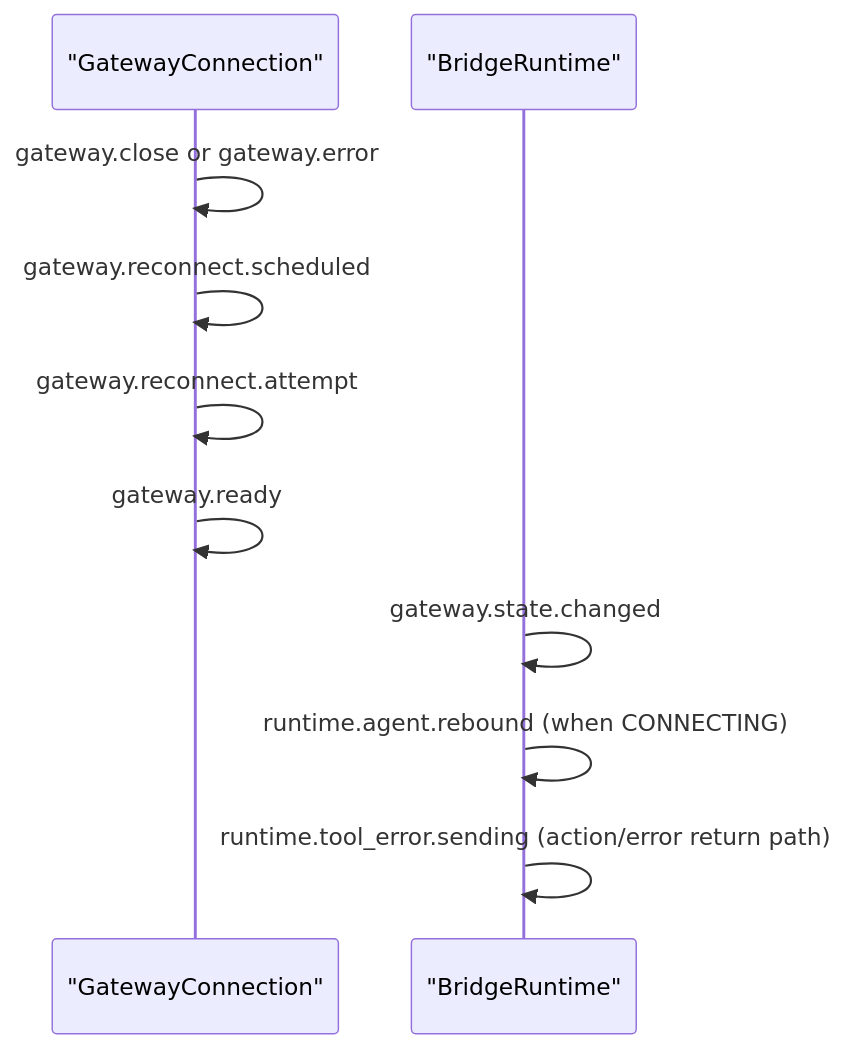
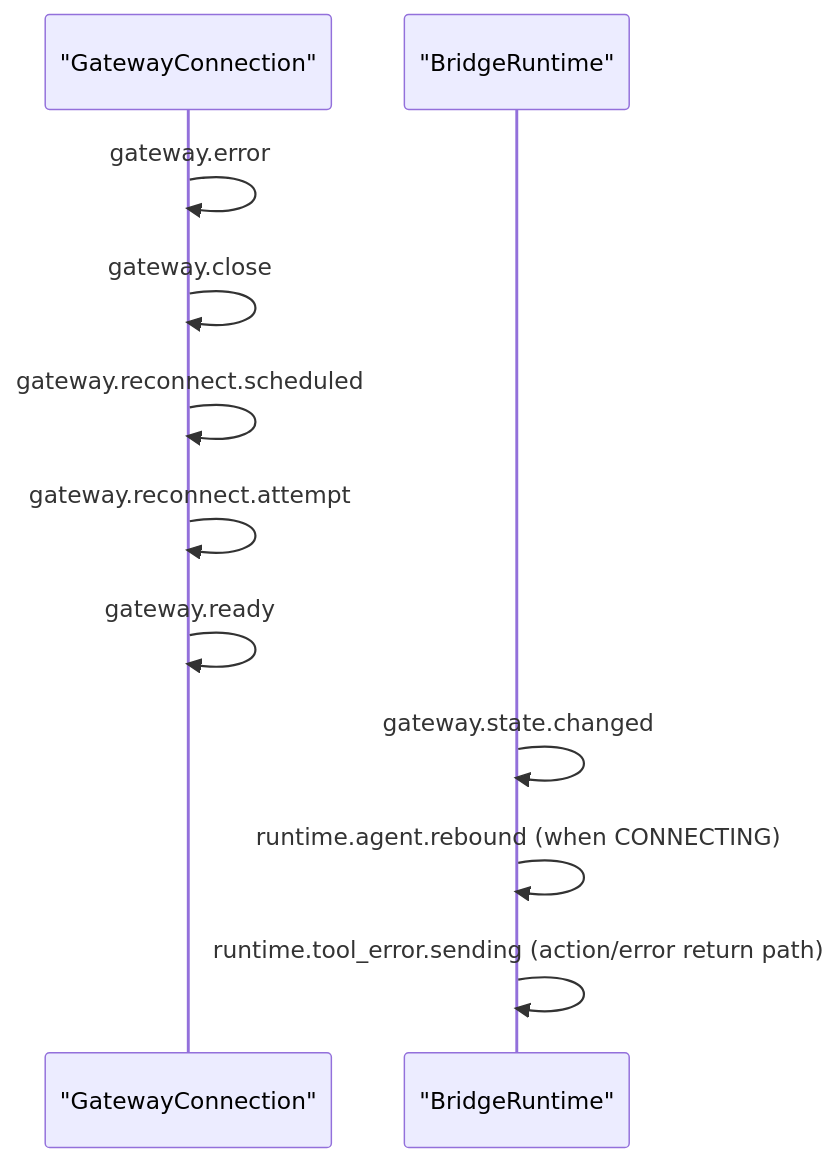
One commit to yuzhangCZ/agent-plugin changed the fourth of 4 diagrams in plugins/message-bridge/docs/operations/logging-reference.md. Above: the diagram before and after it, drawn with Mermaid. The commit also changed other lines of this file and 4 other files, not shown here.

````diff
--- a/plugins/message-bridge/docs/operations/logging-reference.md
+++ b/plugins/message-bridge/docs/operations/logging-reference.md
@@ -143,13 +145,14 @@
 ```mermaid
 sequenceDiagram
   participant G as "GatewayConnection"
   participant P as "BridgeRuntime"
 
-  G->>G: gateway.close or gateway.error
+  G->>G: gateway.error
+  G->>G: gateway.close
   G->>G: gateway.reconnect.scheduled
   G->>G: gateway.reconnect.attempt
   G->>G: gateway.ready
   P->>P: gateway.state.changed
   P->>P: runtime.agent.rebound (when CONNECTING)
   P->>P: runtime.tool_error.sending (action/error return path)
 ```
````
